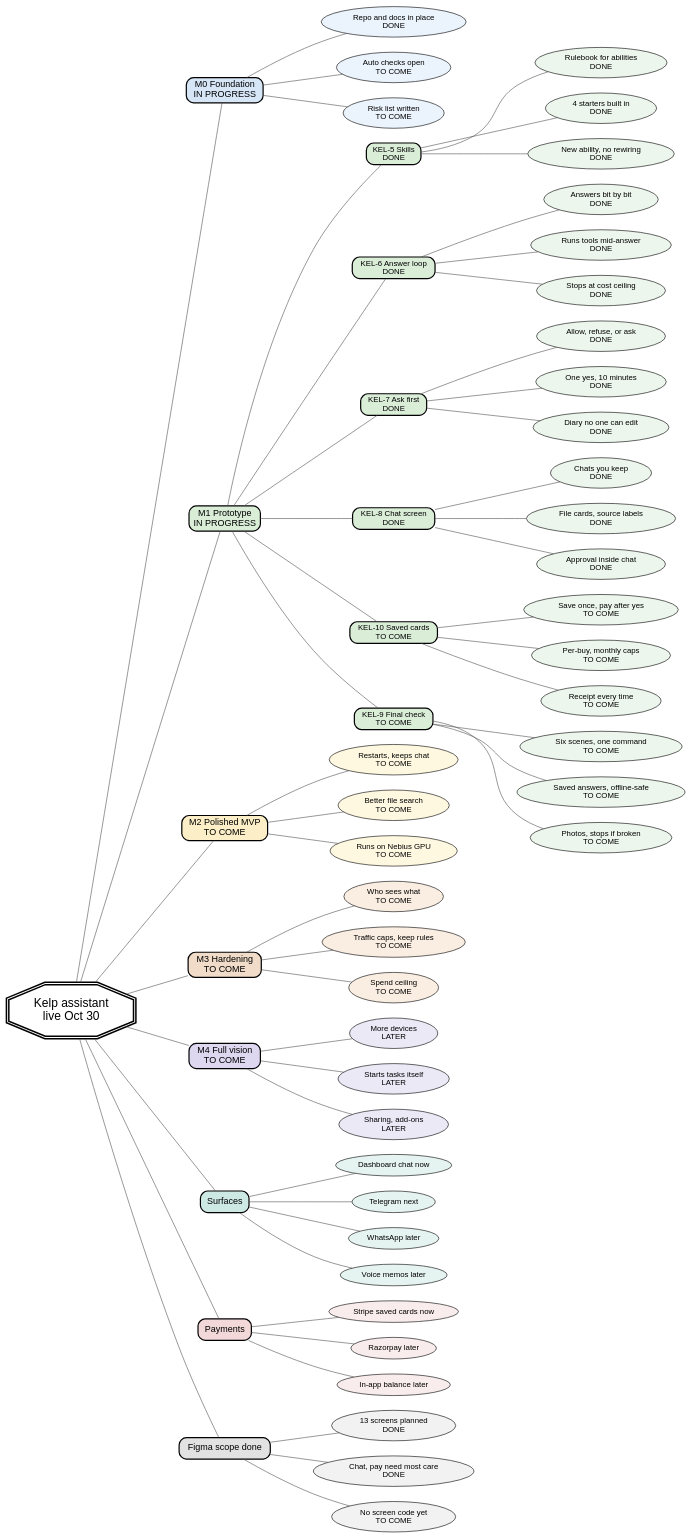
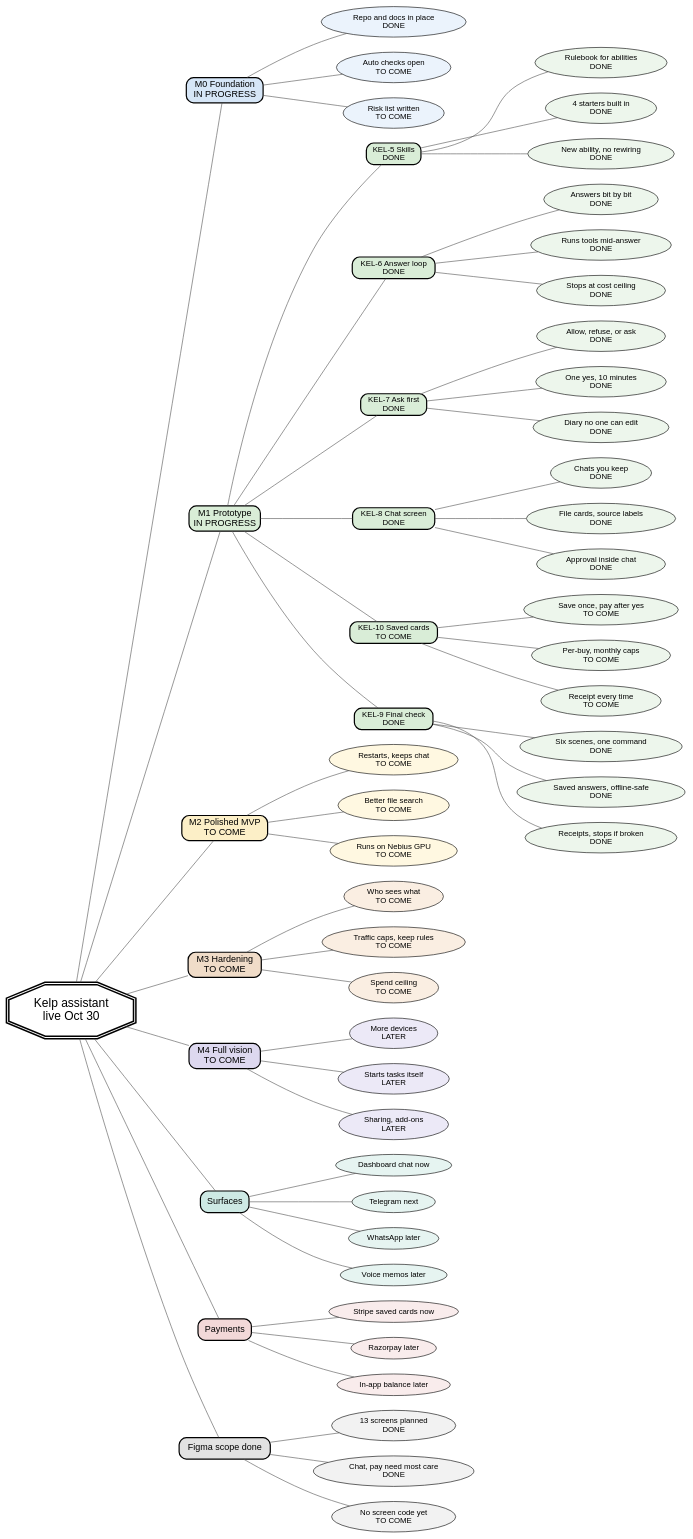
Before and after one commit to Anshieee/kelp: the diagram in docs/sdlc-mindmap.gv, drawn with Graphviz. The commit also changed 4 other files, not shown here.

```diff
--- a/docs/sdlc-mindmap.gv
+++ b/docs/sdlc-mindmap.gv
@@ -1,161 +1,161 @@
 // Kelp assistant SDLC mindmap (KEL-numbered).
 // One central node, one idea per branch, plain words.
 // Render: dot -Tsvg docs/sdlc-mindmap.gv -o docs/sdlc-mindmap.svg
 //         dot -Tpng docs/sdlc-mindmap.gv -o docs/sdlc-mindmap.png
 // Colours: white background, small muted fills per branch, black text.
 // Meaning is carried by words, never by colour alone. No emojis.
 // Status words: DONE, IN PROGRESS, TO COME, LATER.
 // Interactivity: every node has URL (page anchor) + tooltip (one plain line),
 // so dot emits <a href> links and <title> tooltips in the SVG.
 digraph sdlc {
   bgcolor="white";
   rankdir="LR";
   splines="true";
   overlap="false";
   nodesep="0.35";
   ranksep="1.0";
   node [fontname="Helvetica" fontsize="13" color="black" fontcolor="black" fillcolor="white" style="filled,rounded"];
   edge [color="#555555" arrowhead="none"];
 
   // Central node
   center [label="Kelp assistant\nlive Oct 30" shape="doubleoctagon" style="filled,bold" fontsize="20" penwidth="2.5" width="2.3" height="1.2" fillcolor="white" URL="#top" tooltip="Private assistant you talk to from a dashboard. Target live Oct 30."];
 
   // Main branches
   m0   [label="M0 Foundation\nIN PROGRESS" shape="box" style="filled,bold,rounded" fontsize="15" penwidth="2" fillcolor="#D6E6F7" URL="#m0" tooltip="Stage 0: shared code, docs, checks, risk list. In progress."];
   m1   [label="M1 Prototype\nIN PROGRESS" shape="box" style="filled,bold,rounded" fontsize="15" penwidth="2" fillcolor="#D9EDD7" URL="#m1" tooltip="Stage 1: ask, answer, approve, pay, demo. In progress."];
   m2   [label="M2 Polished MVP\nTO COME" shape="box" style="filled,bold,rounded" fontsize="15" penwidth="2" fillcolor="#FCEFC7" URL="#m2" tooltip="Stage 2: survives ordinary use. Agreed, not started."];
   m3   [label="M3 Hardening\nTO COME" shape="box" style="filled,bold,rounded" fontsize="15" penwidth="2" fillcolor="#F0DCC8" URL="#m3" tooltip="Stage 3: privacy and cost promises hold. Agreed, not started."];
   m4   [label="M4 Full vision\nTO COME" shape="box" style="filled,bold,rounded" fontsize="15" penwidth="2" fillcolor="#DDD8EF" URL="#m4" tooltip="Stage 4: more devices and sharing. Direction, not a deadline."];
   surf [label="Surfaces" shape="box" style="filled,bold,rounded" fontsize="15" penwidth="2" fillcolor="#CDE9E4" URL="#surfaces" tooltip="Where you talk to the assistant: screen now, phone apps later."];
   pay  [label="Payments" shape="box" style="filled,bold,rounded" fontsize="15" penwidth="2" fillcolor="#F2D8D8" URL="#payments" tooltip="How money moves: Stripe now, the rest later."];
   fig  [label="Figma scope done" shape="box" style="filled,bold,rounded" fontsize="15" penwidth="2" fillcolor="#E2E2E2" URL="#figma" tooltip="Screen plan is written. Drawing file is next, no code yet."];
 
   center -> m0;
   center -> m1;
   center -> m2;
   center -> m3;
   center -> m4;
   center -> surf;
   center -> pay;
   center -> fig;
 
   // M0 Foundation leaves (soft blue family)
   m0_repo   [label="Repo and docs in place\nDONE" fillcolor="#EBF3FC" URL="#m0" tooltip="Shared code copy plus docs live. Finished."];
   m0_checks [label="Auto checks open\nTO COME" fillcolor="#EBF3FC" URL="#m0" tooltip="Tests that run on every change. Not started."];
   m0_risks  [label="Risk list written\nTO COME" fillcolor="#EBF3FC" URL="#m0" tooltip="Written list of what could go wrong. Not started."];
   m0 -> m0_repo;
   m0 -> m0_checks;
   m0 -> m0_risks;
 
   // M1 holds the six KEL work items (soft green family)
   k5  [label="KEL-5 Skills\nDONE" shape="box" style="filled,bold,rounded" fillcolor="#D9EDD7" URL="#kel-5" tooltip="Rulebook every new ability follows. Finished."];
   k6  [label="KEL-6 Answer loop\nDONE" shape="box" style="filled,bold,rounded" fillcolor="#D9EDD7" URL="#kel-6" tooltip="Engine: reads, thinks, answers bit by bit. Merged and reviewed."];
   k7  [label="KEL-7 Ask first\nDONE" shape="box" style="filled,bold,rounded" fillcolor="#D9EDD7" URL="#kel-7" tooltip="Checkpoint that asks you before acting. Merged and reviewed."];
   k8  [label="KEL-8 Chat screen\nDONE" shape="box" style="filled,bold,rounded" fillcolor="#D9EDD7" URL="#kel-8" tooltip="Main screen you talk through. Surface merged to main; the browser screen is next."];
   k10 [label="KEL-10 Saved cards\nTO COME" shape="box" style="filled,bold,rounded" fillcolor="#D9EDD7" URL="#kel-10" tooltip="Pay with saved cards after you say yes. Agreed, not started."];
-  k9  [label="KEL-9 Final check\nTO COME" shape="box" style="filled,bold,rounded" fillcolor="#D9EDD7" URL="#kel-9" tooltip="Six-scene demo that proves it works. Runs last."];
+  k9  [label="KEL-9 Final check\nDONE" shape="box" style="filled,bold,rounded" fillcolor="#D9EDD7" URL="#kel-9" tooltip="Six-scene demo that proves it works. Merged and reviewed."];
   m1 -> k5;
   m1 -> k6;
   m1 -> k7;
   m1 -> k8;
   m1 -> k10;
   m1 -> k9;
 
   // KEL-5 leaves: what it is + why it matters
   k5_rule [label="Rulebook for abilities\nDONE" fillcolor="#EDF6EC" URL="#kel-5" tooltip="What each tool takes in, gives back, may touch. Finished."];
   k5_four [label="4 starters built in\nDONE" fillcolor="#EDF6EC" URL="#kel-5" tooltip="Web search, GitHub read, file answers, scheduler. Finished."];
   k5_add  [label="New ability, no rewiring\nDONE" fillcolor="#EDF6EC" URL="#kel-5" tooltip="Adding a tool is a small contained job. Finished."];
   k5 -> k5_rule;
   k5 -> k5_four;
   k5 -> k5_add;
 
   // KEL-6 leaves
   k6_stream [label="Answers bit by bit\nDONE" fillcolor="#EDF6EC" URL="#kel-6" tooltip="Words appear as they arrive. Merged and reviewed."];
   k6_tools  [label="Runs tools mid-answer\nDONE" fillcolor="#EDF6EC" URL="#kel-6" tooltip="Asks a small program to do one thing, feeds back result. Merged and reviewed."];
   k6_cap    [label="Stops at cost ceiling\nDONE" fillcolor="#EDF6EC" URL="#kel-6" tooltip="Hard limit on steps and length, tallies price. Merged and reviewed."];
   k6 -> k6_stream;
   k6 -> k6_tools;
   k6 -> k6_cap;
 
   // KEL-7 leaves
   k7_ask   [label="Allow, refuse, or ask\nDONE" fillcolor="#EDF6EC" URL="#kel-7" tooltip="Nothing changes something without a yes. Merged and reviewed."];
   k7_once  [label="One yes, 10 minutes\nDONE" fillcolor="#EDF6EC" URL="#kel-7" tooltip="Approval names exact action, works once, then expires. Merged and reviewed."];
   k7_diary [label="Diary no one can edit\nDONE" fillcolor="#EDF6EC" URL="#kel-7" tooltip="Every decision logged, keys removed. Merged and reviewed."];
   k7 -> k7_ask;
   k7 -> k7_once;
   k7 -> k7_diary;
 
   // KEL-8 leaves
   k8_chat [label="Chats you keep\nDONE" fillcolor="#EDF6EC" URL="#kel-8" tooltip="Conversations you name and pick up later. Merged to main."];
   k8_cards [label="File cards, source labels\nDONE" fillcolor="#EDF6EC" URL="#kel-8" tooltip="PDF and table previews plus where answers came from. Merged to main."];
   k8_appr [label="Approval inside chat\nDONE" fillcolor="#EDF6EC" URL="#kel-8" tooltip="Yes or no shown in the conversation, over one-time approvals. Merged to main."];
   k8 -> k8_chat;
   k8 -> k8_cards;
   k8 -> k8_appr;
 
   // KEL-10 leaves
   k10_cards [label="Save once, pay after yes\nTO COME" fillcolor="#EDF6EC" URL="#kel-10" tooltip="Cards kept by Stripe, charged only with approval. Not started."];
   k10_caps  [label="Per-buy, monthly caps\nTO COME" fillcolor="#EDF6EC" URL="#kel-10" tooltip="Spending rules that block over-limit pays. Not started."];
   k10_receipt [label="Receipt every time\nTO COME" fillcolor="#EDF6EC" URL="#kel-10" tooltip="What was done, when, and how much. Not started."];
   k10 -> k10_cards;
   k10 -> k10_caps;
   k10 -> k10_receipt;
 
   // KEL-9 leaves
-  k9_six  [label="Six scenes, one command\nTO COME" fillcolor="#EDF6EC" URL="#kel-9" tooltip="Ask, files, GitHub, approve, schedule, restart. Not started."];
-  k9_saved [label="Saved answers, offline-safe\nTO COME" fillcolor="#EDF6EC" URL="#kel-9" tooltip="Make-believe model answers so the run repeats. Not started."];
-  k9_shots [label="Photos, stops if broken\nTO COME" fillcolor="#EDF6EC" URL="#kel-9" tooltip="Screenshot per scene, error if one fails. Not started."];
+  k9_six  [label="Six scenes, one command\nDONE" fillcolor="#EDF6EC" URL="#kel-9" tooltip="Ask, files, GitHub, approve, schedule, restart. Merged to main."];
+  k9_saved [label="Saved answers, offline-safe\nDONE" fillcolor="#EDF6EC" URL="#kel-9" tooltip="Make-believe model answers so the run repeats. Merged to main."];
+  k9_shots [label="Receipts, stops if broken\nDONE" fillcolor="#EDF6EC" URL="#kel-9" tooltip="A receipt per scene, an error if one fails. Merged to main."];
   k9 -> k9_six;
   k9 -> k9_saved;
   k9 -> k9_shots;
 
   // M2 leaves (soft amber family)
   m2_restart [label="Restarts, keeps chat\nTO COME" fillcolor="#FFF8E1" URL="#m2" tooltip="Picks up after a restart with nothing lost. Not started."];
   m2_search  [label="Better file search\nTO COME" fillcolor="#FFF8E1" URL="#m2" tooltip="Finds the right bit of your documents. Not started."];
   m2_gpu     [label="Runs on Nebius GPU\nTO COME" fillcolor="#FFF8E1" URL="#m2" tooltip="Model served from our fast chip. Not started."];
   m2 -> m2_restart;
   m2 -> m2_search;
   m2 -> m2_gpu;
 
   // M3 leaves (soft peach family)
   m3_who  [label="Who sees what\nTO COME" fillcolor="#FAEEE2" URL="#m3" tooltip="Privacy rules plus keys kept apart. Not started."];
   m3_rate [label="Traffic caps, keep rules\nTO COME" fillcolor="#FAEEE2" URL="#m3" tooltip="Limits on use and how long data stays. Not started."];
   m3_cost [label="Spend ceiling\nTO COME" fillcolor="#FAEEE2" URL="#m3" tooltip="Ceiling on model cost per turn and month. Not started."];
   m3 -> m3_who;
   m3 -> m3_rate;
   m3 -> m3_cost;
 
   // M4 leaves (soft lavender family)
   m4_dev  [label="More devices\nLATER" fillcolor="#ECE9F7" URL="#m4" tooltip="Same assistant in more places. Later."];
   m4_self [label="Starts tasks itself\nLATER" fillcolor="#ECE9F7" URL="#m4" tooltip="Work the assistant begins on its own. Later."];
   m4_team [label="Sharing, add-ons\nLATER" fillcolor="#ECE9F7" URL="#m4" tooltip="Team use plus abilities added by others. Later."];
   m4 -> m4_dev;
   m4 -> m4_self;
   m4 -> m4_team;
 
   // Surfaces leaves (soft teal family)
   s_dash [label="Dashboard chat now" fillcolor="#E6F4F1" URL="#surfaces" tooltip="Main screen in the browser. Built first."];
   s_tg   [label="Telegram next" fillcolor="#E6F4F1" URL="#surfaces" tooltip="Mirror of the same assistant, same rules. Next."];
   s_wa   [label="WhatsApp later" fillcolor="#E6F4F1" URL="#surfaces" tooltip="Not in this round. Later."];
   s_voice [label="Voice memos later" fillcolor="#E6F4F1" URL="#surfaces" tooltip="No recording or listening work yet. Later."];
   surf -> s_dash;
   surf -> s_tg;
   surf -> s_wa;
   surf -> s_voice;
 
   // Payments leaves (soft rose family)
   p_stripe [label="Stripe saved cards now" fillcolor="#F9ECEC" URL="#payments" tooltip="Save once, pay after approval, receipt each time. Now."];
   p_razor  [label="Razorpay later" fillcolor="#F9ECEC" URL="#payments" tooltip="No integration in this round. Later."];
   p_bal    [label="In-app balance later" fillcolor="#F9ECEC" URL="#payments" tooltip="Topping up and ledger wait. Later."];
   pay -> p_stripe;
   pay -> p_razor;
   pay -> p_bal;
 
   // Figma leaves (soft grey family)
   f_plan [label="13 screens planned\nDONE" fillcolor="#F2F2F2" URL="#figma" tooltip="Thirteen screens, three flows, four states each. Finished."];
   f_flows [label="Chat, pay need most care\nDONE" fillcolor="#F2F2F2" URL="#figma" tooltip="Money screens get big numbers and plain words. Finished."];
   f_code [label="No screen code yet\nTO COME" fillcolor="#F2F2F2" URL="#figma" tooltip="Drawing file next, then code. Not started."];
   fig -> f_plan;
   fig -> f_flows;
   fig -> f_code;
 }
```
